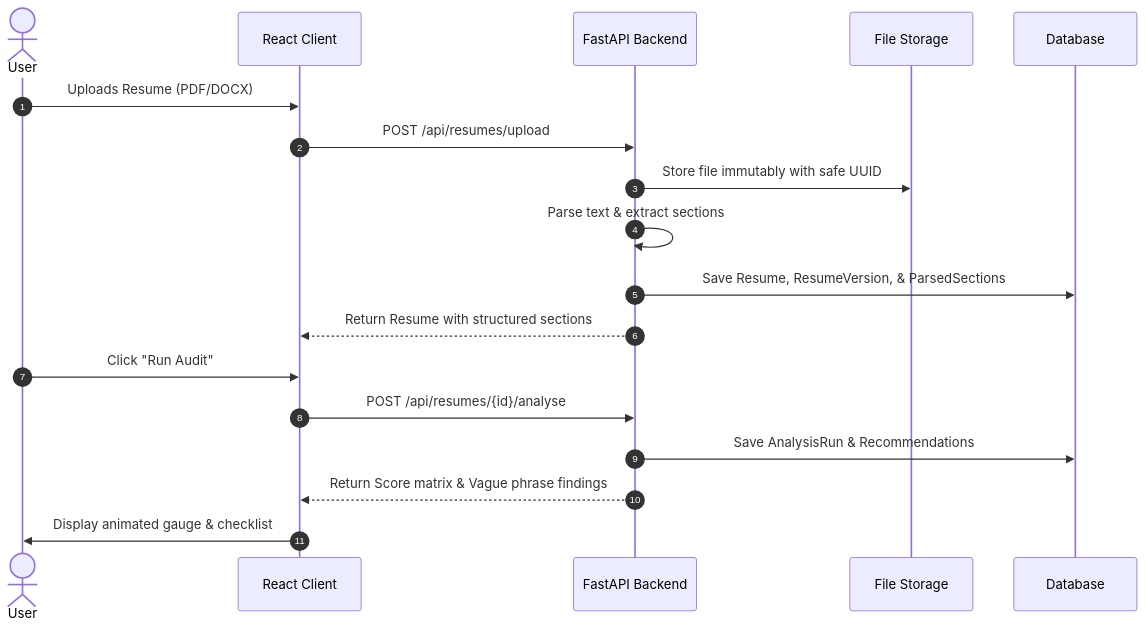
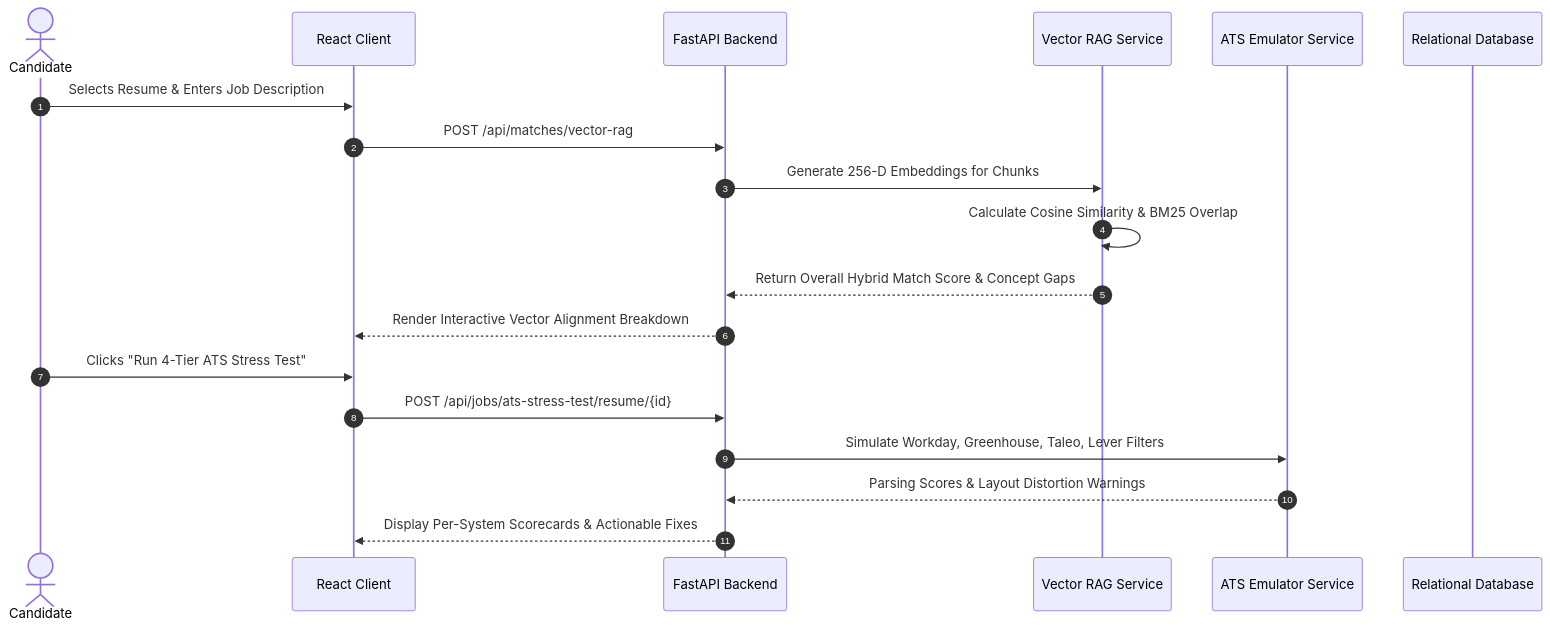
One commit to Isuru-CodeX/CareerLens changed the second of 3 diagrams in ARCHITECTURE.md. Above: the diagram before and after it, drawn with Mermaid. The commit also changed other lines of this file and 9 other files, not shown here.

Commit message:
docs: update all repository documentation and add backend/frontend architecture guides

````diff
--- a/ARCHITECTURE.md
+++ b/ARCHITECTURE.md
@@ -76,21 +122,22 @@
 ```mermaid
 sequenceDiagram
     autonumber
-    actor User
-    participant Frontend as React Client
+    actor Candidate
+    participant SPA as React Client
     participant API as FastAPI Backend
-    participant Storage as File Storage
-    participant DB as Database
+    participant VectorEngine as Vector RAG Service
+    participant ATSEmulator as ATS Emulator Service
+    participant DB as Relational Database
 
-    User->>Frontend: Uploads Resume (PDF/DOCX)
-    Frontend->>API: POST /api/resumes/upload
-    API->>Storage: Store file immutably with safe UUID
-    API->>API: Parse text & extract sections
-    API->>DB: Save Resume, ResumeVersion, & ParsedSections
-    API-->>Frontend: Return Resume with structured sections
-    User->>Frontend: Click "Run Audit"
-    Frontend->>API: POST /api/resumes/{id}/analyse
-    API->>DB: Save AnalysisRun & Recommendations
-    API-->>Frontend: Return Score matrix & Vague phrase findings
-    Frontend->>User: Display animated gauge & checklist
+    Candidate->>SPA: Selects Resume & Enters Job Description
+    SPA->>API: POST /api/matches/vector-rag
+    API->>VectorEngine: Generate 256-D Embeddings for Chunks
+    VectorEngine->>VectorEngine: Calculate Cosine Similarity & BM25 Overlap
+    VectorEngine-->>API: Return Overall Hybrid Match Score & Concept Gaps
+    API-->>SPA: Render Interactive Vector Alignment Breakdown
+    Candidate->>SPA: Clicks "Run 4-Tier ATS Stress Test"
+    SPA->>API: POST /api/jobs/ats-stress-test/resume/{id}
+    API->>ATSEmulator: Simulate Workday, Greenhouse, Taleo, Lever Filters
+    ATSEmulator-->>API: Parsing Scores & Layout Distortion Warnings
+    API-->>SPA: Display Per-System Scorecards & Actionable Fixes
 ```
````
